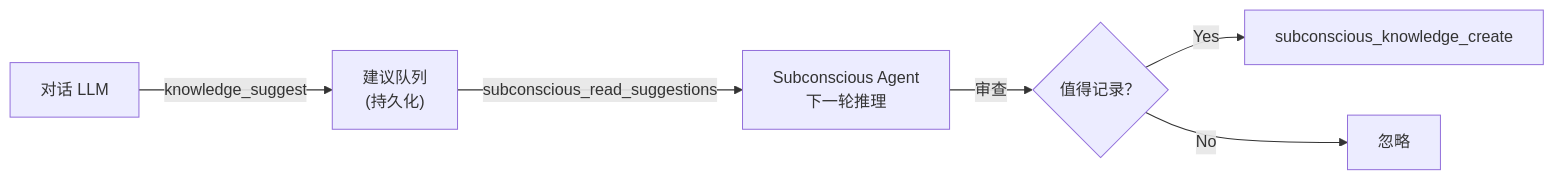
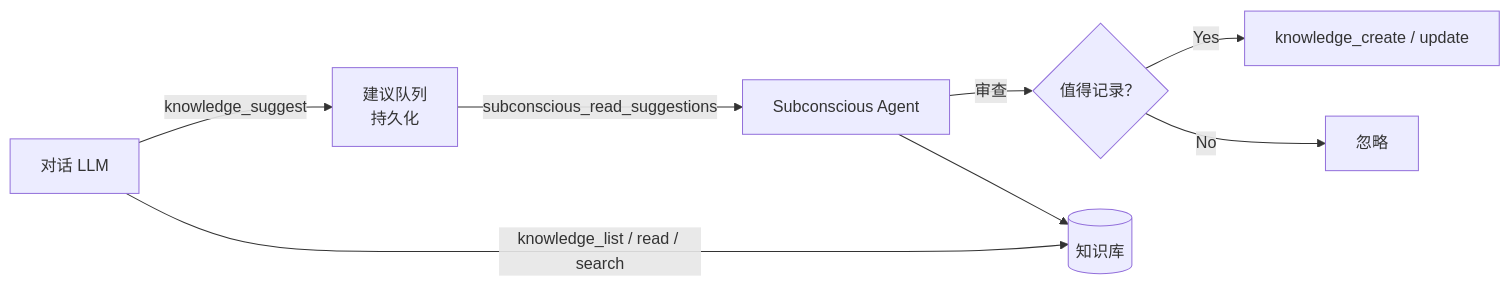
One commit to AmritaBot/amrita-docs changed the second of 2 diagrams in docs/amrita/features/chat/memory.md. Above: the diagram before and after it, drawn with Mermaid. The commit also changed other lines of this file, not shown here.

````diff
--- a/docs/amrita/features/chat/memory.md
+++ b/docs/amrita/features/chat/memory.md
@@ -160,8 +216,10 @@
 ```mermaid
 flowchart LR
-    ChatLLM["对话 LLM"] -->|"knowledge_suggest"| Queue["建议队列<br/>(持久化)"]
-    Queue -->|"subconscious_read_suggestions"| Agent["Subconscious Agent<br/>下一轮推理"]
+    ChatLLM["对话 LLM"] -->|"knowledge_suggest"| Queue["建议队列<br/>持久化"]
+    Queue -->|"subconscious_read_suggestions"| Agent["Subconscious Agent"]
     Agent -->|"审查"| Decision{"值得记录？"}
-    Decision -->|"Yes"| SubCreate["subconscious_knowledge_create"]
+    Decision -->|"Yes"| Create["knowledge_create / update"]
     Decision -->|"No"| Drop["忽略"]
+    ChatLLM -->|"knowledge_list / read / search"| KB[("知识库")]
+    Agent --> KB
 ```
````
